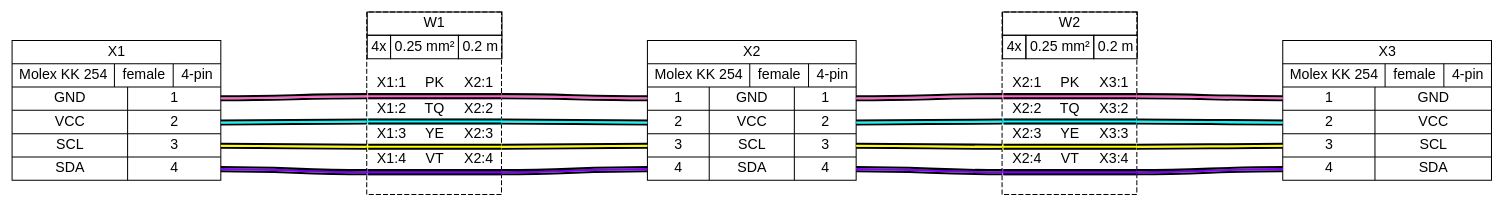
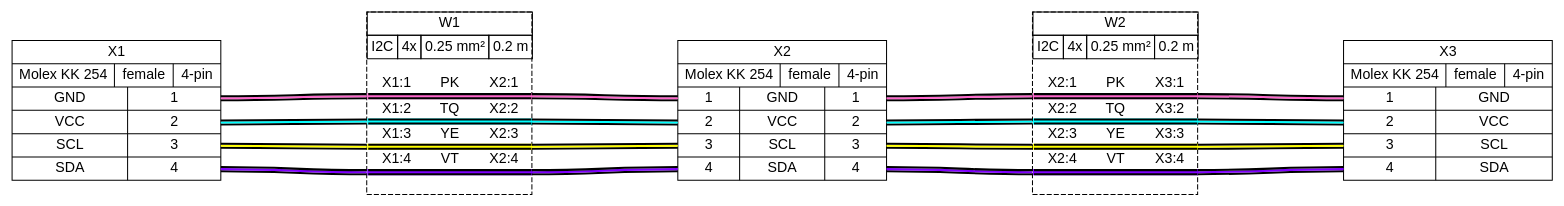
Before and after one commit to wireviz/WireViz: the diagram in examples/ex05.gv, drawn with Graphviz. The commit also changed 14 other files, not shown here.

```diff
--- a/examples/ex05.gv
+++ b/examples/ex05.gv
@@ -1,36 +1,36 @@
 graph {
 // Graph generated by WireViz
 // https://github.com/formatc1702/WireViz
 	graph [bgcolor=white fontname=arial nodesep=0.33 rankdir=LR ranksep=2]
 	node [fillcolor=white fontname=arial shape=record style=filled]
 	edge [fontname=arial style=bold]
 	X1 [label="X1|{Molex KK 254|female|4-pin}|{{GND|VCC|SCL|SDA}|{<p1r>1|<p2r>2|<p3r>3|<p4r>4}}"]
 	X2 [label="X2|{Molex KK 254|female|4-pin}|{{<p1l>1|<p2l>2|<p3l>3|<p4l>4}|{GND|VCC|SCL|SDA}|{<p1r>1|<p2r>2|<p3r>3|<p4r>4}}"]
 	X3 [label="X3|{Molex KK 254|female|4-pin}|{{<p1l>1|<p2l>2|<p3l>3|<p4l>4}|{GND|VCC|SCL|SDA}}"]
 	edge [color="#000000:#ff66cc:#000000"]
 	X1:p1r:e -- W1:w1:w
 	W1:w1:e -- X2:p1l:w
 	edge [color="#000000:#00ffff:#000000"]
 	X1:p2r:e -- W1:w2:w
 	W1:w2:e -- X2:p2l:w
 	edge [color="#000000:#ffff00:#000000"]
 	X1:p3r:e -- W1:w3:w
 	W1:w3:e -- X2:p3l:w
 	edge [color="#000000:#8000ff:#000000"]
 	X1:p4r:e -- W1:w4:w
 	W1:w4:e -- X2:p4l:w
-	W1 [label=<<table border="0" cellspacing="0" cellpadding="0"><tr><td><table border="0" cellspacing="0" cellpadding="3" cellborder="1"><tr><td colspan="3">W1</td></tr><tr><td>4x</td><td>0.25 mm²</td><td>0.2 m</td></tr></table></td></tr><tr><td>&nbsp;</td></tr><tr><td><table border="0" cellspacing="0" cellborder="0"><tr><td>X1:1</td><td>PK</td><td>X2:1</td></tr><tr><td colspan="3" cellpadding="0" height="6" bgcolor="#ff66cc" border="2" sides="tb" port="w1"></td></tr><tr><td>X1:2</td><td>TQ</td><td>X2:2</td></tr><tr><td colspan="3" cellpadding="0" height="6" bgcolor="#00ffff" border="2" sides="tb" port="w2"></td></tr><tr><td>X1:3</td><td>YE</td><td>X2:3</td></tr><tr><td colspan="3" cellpadding="0" height="6" bgcolor="#ffff00" border="2" sides="tb" port="w3"></td></tr><tr><td>X1:4</td><td>VT</td><td>X2:4</td></tr><tr><td colspan="3" cellpadding="0" height="6" bgcolor="#8000ff" border="2" sides="tb" port="w4"></td></tr><tr><td>&nbsp;</td></tr></table></td></tr></table>> fillcolor=white margin=0 shape=box style="filled,dashed"]
+	W1 [label=<<table border="0" cellspacing="0" cellpadding="0"><tr><td><table border="0" cellspacing="0" cellpadding="3" cellborder="1"><tr><td colspan="4">W1</td></tr><tr><td>I2C</td><td>4x</td><td>0.25 mm²</td><td>0.2 m</td></tr></table></td></tr><tr><td>&nbsp;</td></tr><tr><td><table border="0" cellspacing="0" cellborder="0"><tr><td>X1:1</td><td>PK</td><td>X2:1</td></tr><tr><td colspan="3" cellpadding="0" height="6" bgcolor="#ff66cc" border="2" sides="tb" port="w1"></td></tr><tr><td>X1:2</td><td>TQ</td><td>X2:2</td></tr><tr><td colspan="3" cellpadding="0" height="6" bgcolor="#00ffff" border="2" sides="tb" port="w2"></td></tr><tr><td>X1:3</td><td>YE</td><td>X2:3</td></tr><tr><td colspan="3" cellpadding="0" height="6" bgcolor="#ffff00" border="2" sides="tb" port="w3"></td></tr><tr><td>X1:4</td><td>VT</td><td>X2:4</td></tr><tr><td colspan="3" cellpadding="0" height="6" bgcolor="#8000ff" border="2" sides="tb" port="w4"></td></tr><tr><td>&nbsp;</td></tr></table></td></tr></table>> fillcolor=white margin=0 shape=box style="filled,dashed"]
 	edge [color="#000000:#ff66cc:#000000"]
 	X2:p1r:e -- W2:w1:w
 	W2:w1:e -- X3:p1l:w
 	edge [color="#000000:#00ffff:#000000"]
 	X2:p2r:e -- W2:w2:w
 	W2:w2:e -- X3:p2l:w
 	edge [color="#000000:#ffff00:#000000"]
 	X2:p3r:e -- W2:w3:w
 	W2:w3:e -- X3:p3l:w
 	edge [color="#000000:#8000ff:#000000"]
 	X2:p4r:e -- W2:w4:w
 	W2:w4:e -- X3:p4l:w
-	W2 [label=<<table border="0" cellspacing="0" cellpadding="0"><tr><td><table border="0" cellspacing="0" cellpadding="3" cellborder="1"><tr><td colspan="3">W2</td></tr><tr><td>4x</td><td>0.25 mm²</td><td>0.2 m</td></tr></table></td></tr><tr><td>&nbsp;</td></tr><tr><td><table border="0" cellspacing="0" cellborder="0"><tr><td>X2:1</td><td>PK</td><td>X3:1</td></tr><tr><td colspan="3" cellpadding="0" height="6" bgcolor="#ff66cc" border="2" sides="tb" port="w1"></td></tr><tr><td>X2:2</td><td>TQ</td><td>X3:2</td></tr><tr><td colspan="3" cellpadding="0" height="6" bgcolor="#00ffff" border="2" sides="tb" port="w2"></td></tr><tr><td>X2:3</td><td>YE</td><td>X3:3</td></tr><tr><td colspan="3" cellpadding="0" height="6" bgcolor="#ffff00" border="2" sides="tb" port="w3"></td></tr><tr><td>X2:4</td><td>VT</td><td>X3:4</td></tr><tr><td colspan="3" cellpadding="0" height="6" bgcolor="#8000ff" border="2" sides="tb" port="w4"></td></tr><tr><td>&nbsp;</td></tr></table></td></tr></table>> fillcolor=white margin=0 shape=box style="filled,dashed"]
+	W2 [label=<<table border="0" cellspacing="0" cellpadding="0"><tr><td><table border="0" cellspacing="0" cellpadding="3" cellborder="1"><tr><td colspan="4">W2</td></tr><tr><td>I2C</td><td>4x</td><td>0.25 mm²</td><td>0.2 m</td></tr></table></td></tr><tr><td>&nbsp;</td></tr><tr><td><table border="0" cellspacing="0" cellborder="0"><tr><td>X2:1</td><td>PK</td><td>X3:1</td></tr><tr><td colspan="3" cellpadding="0" height="6" bgcolor="#ff66cc" border="2" sides="tb" port="w1"></td></tr><tr><td>X2:2</td><td>TQ</td><td>X3:2</td></tr><tr><td colspan="3" cellpadding="0" height="6" bgcolor="#00ffff" border="2" sides="tb" port="w2"></td></tr><tr><td>X2:3</td><td>YE</td><td>X3:3</td></tr><tr><td colspan="3" cellpadding="0" height="6" bgcolor="#ffff00" border="2" sides="tb" port="w3"></td></tr><tr><td>X2:4</td><td>VT</td><td>X3:4</td></tr><tr><td colspan="3" cellpadding="0" height="6" bgcolor="#8000ff" border="2" sides="tb" port="w4"></td></tr><tr><td>&nbsp;</td></tr></table></td></tr></table>> fillcolor=white margin=0 shape=box style="filled,dashed"]
 }
```
